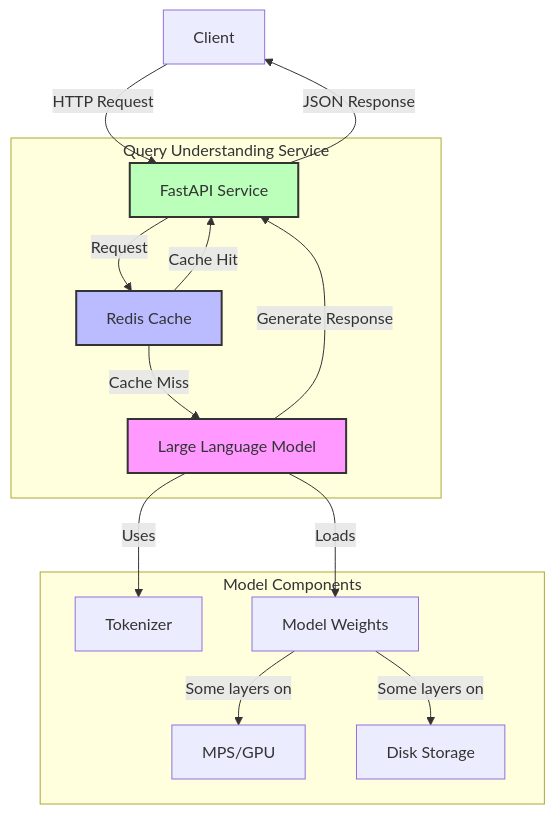
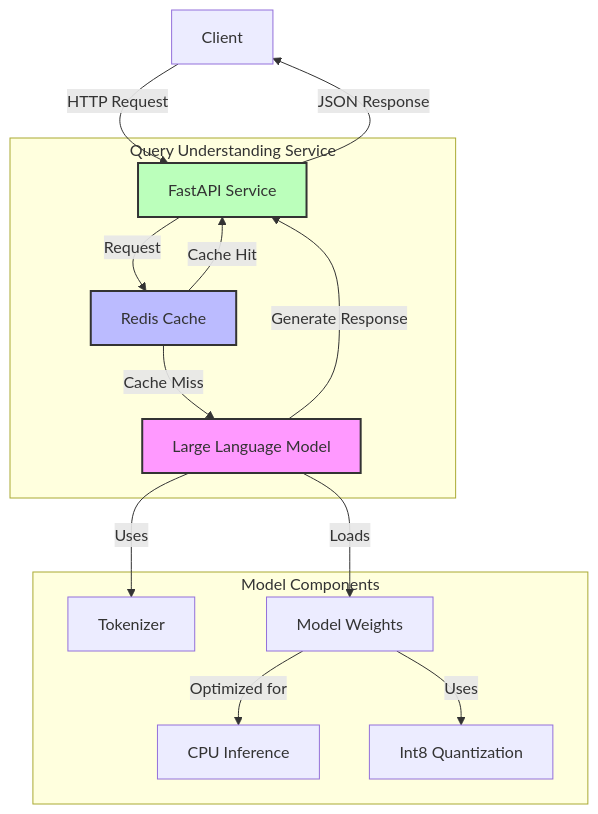
Before and after one commit to SoundMindsAI/ai_examples: the first of 5 diagrams in An_LLM_Query_Understanding_Service/README.md, drawn with Mermaid. The commit also changed other lines of this file and 5 other files, not shown here.

````diff
--- a/An_LLM_Query_Understanding_Service/README.md
+++ b/An_LLM_Query_Understanding_Service/README.md
@@ -74,26 +75,26 @@
 ```mermaid
 graph TD
     Client[Client] -->|HTTP Request| API[FastAPI Service]
     API -->|Request| Cache[Redis Cache]
     Cache -->|Cache Hit| API
     Cache -->|Cache Miss| LLM[Large Language Model]
     LLM -->|Generate Response| API
     API -->|JSON Response| Client
     
     subgraph "Query Understanding Service"
         API
         Cache
         LLM
     end
     
     subgraph "Model Components"
         LLM -->|Uses| Tokenizer[Tokenizer]
         LLM -->|Loads| ModelWeights[Model Weights]
-        ModelWeights -->|Some layers on| GPU[MPS/GPU]
-        ModelWeights -->|Some layers on| Disk[Disk Storage]
+        ModelWeights -->|Optimized for| CPU[CPU Inference]
+        ModelWeights -->|Uses| Quantization[Int8 Quantization]
     end
 
     style LLM fill:#f9f,stroke:#333,stroke-width:2px
     style Cache fill:#bbf,stroke:#333,stroke-width:2px
     style API fill:#bfb,stroke:#333,stroke-width:2px
 ```
````
